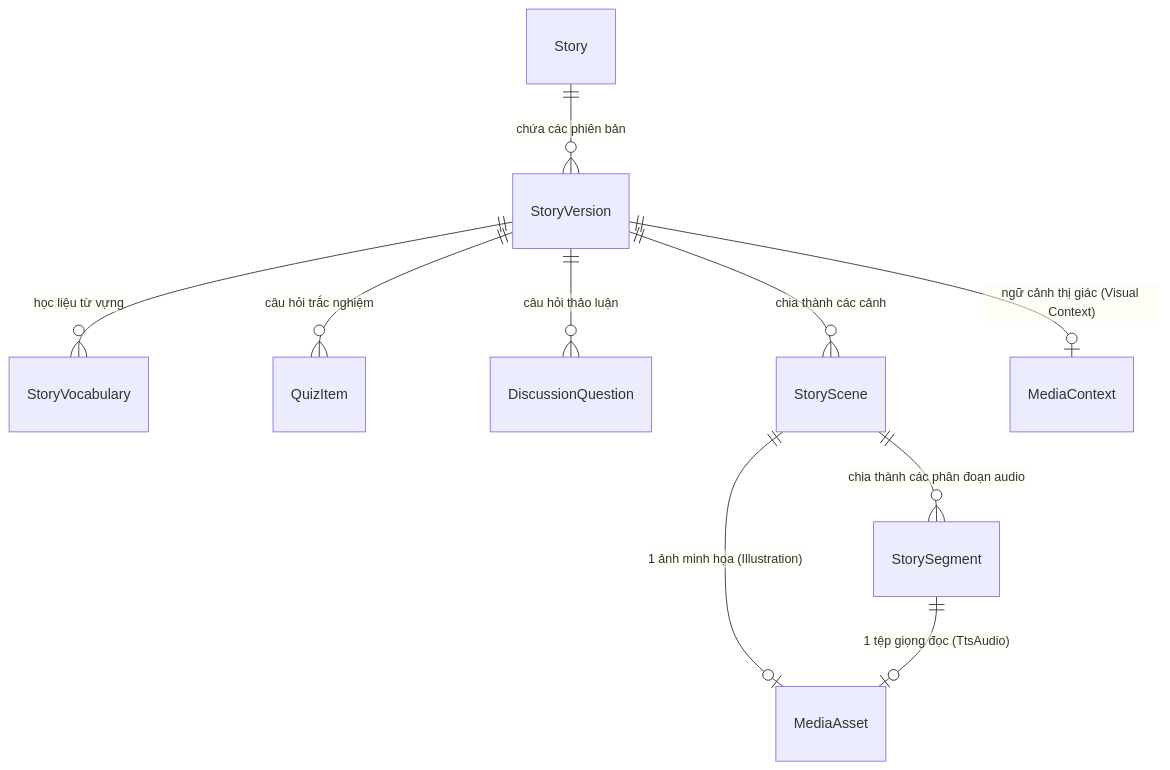
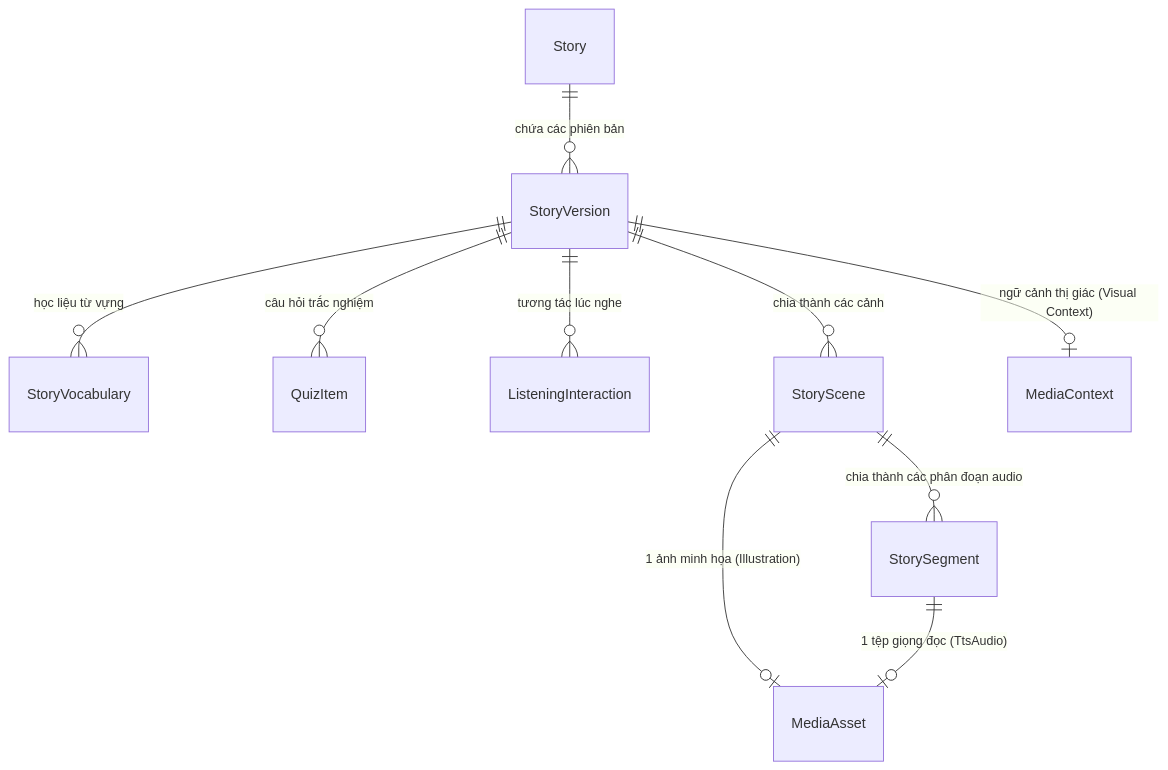
The second of 2 diagrams in src/AI/01_FLOW_2_ARCHITECTURE_AND_SYSTEM_DESIGN.md (FA26SE142-GFA26SE04-AI-Storytelling/AI_Storytelling_Backend), drawn with Mermaid before and after one commit. The commit also changed other lines of this file and 170 other files, not shown here.

First line of the commit message:
refactor(discussion): remove discussion questions in favor of listening interactions

````diff
--- a/src/AI/01_FLOW_2_ARCHITECTURE_AND_SYSTEM_DESIGN.md
+++ b/src/AI/01_FLOW_2_ARCHITECTURE_AND_SYSTEM_DESIGN.md
@@ -100,12 +100,12 @@
 ```mermaid
 erDiagram
     Story ||--o{ StoryVersion : "chứa các phiên bản"
     StoryVersion ||--o{ StoryVocabulary : "học liệu từ vựng"
     StoryVersion ||--o{ QuizItem : "câu hỏi trắc nghiệm"
-    StoryVersion ||--o{ DiscussionQuestion : "câu hỏi thảo luận"
+    StoryVersion ||--o{ ListeningInteraction : "tương tác lúc nghe"
     StoryVersion ||--o{ StoryScene : "chia thành các cảnh"
     StoryScene ||--o{ StorySegment : "chia thành các phân đoạn audio"
     StoryScene ||--o| MediaAsset : "1 ảnh minh họa (Illustration)"
     StorySegment ||--o| MediaAsset : "1 tệp giọng đọc (TtsAudio)"
     StoryVersion ||--o| MediaContext : "ngữ cảnh thị giác (Visual Context)"
 ```
````
